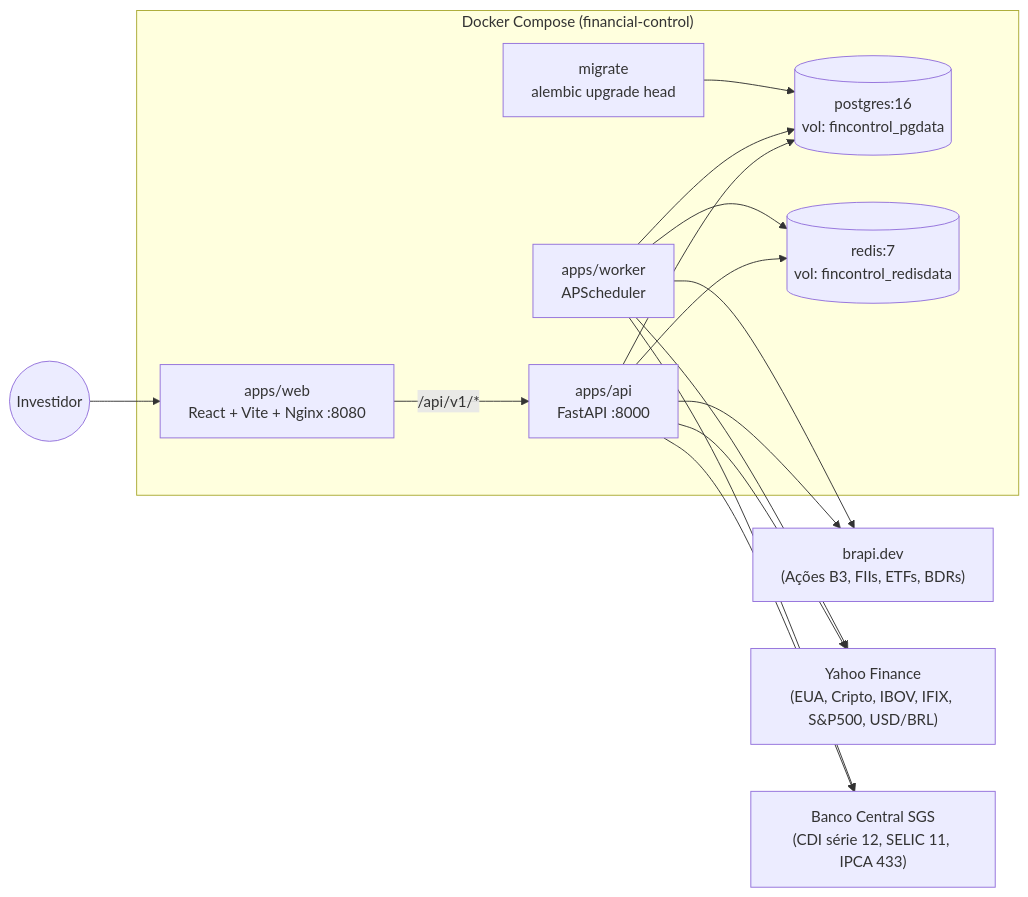
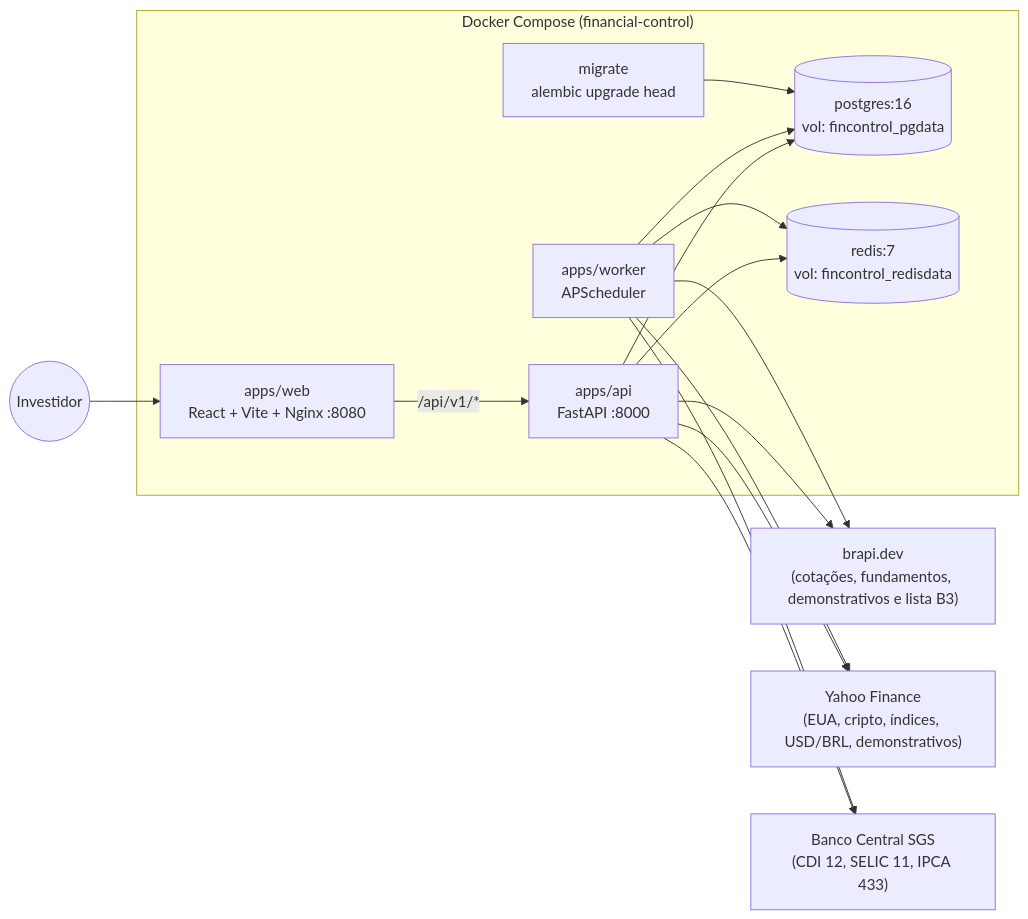
One commit to Angelicogfa/financial-control changed the second of 6 diagrams in docs/architecture/OVERVIEW.md. Above: the diagram before and after it, drawn with Mermaid. The commit also changed other lines of this file and 8 other files, not shown here.

````diff
--- a/docs/architecture/OVERVIEW.md
+++ b/docs/architecture/OVERVIEW.md
@@ -67,29 +69,29 @@
 ```mermaid
 flowchart LR
     U(("Investidor"))
     subgraph compose["Docker Compose (financial-control)"]
         WEB["apps/web<br/>React + Vite + Nginx :8080"]
         API["apps/api<br/>FastAPI :8000"]
         WK["apps/worker<br/>APScheduler"]
         MIG["migrate<br/>alembic upgrade head"]
         PG[("postgres:16<br/>vol: fincontrol_pgdata")]
         RD[("redis:7<br/>vol: fincontrol_redisdata")]
     end
-    BRAPI["brapi.dev<br/>(Ações B3, FIIs, ETFs, BDRs)"]
-    YF["Yahoo Finance<br/>(EUA, Cripto, IBOV, IFIX, S&P500, USD/BRL)"]
-    BCB["Banco Central SGS<br/>(CDI série 12, SELIC 11, IPCA 433)"]
+    BRAPI["brapi.dev<br/>(cotações, fundamentos, demonstrativos e lista B3)"]
+    YF["Yahoo Finance<br/>(EUA, cripto, índices, USD/BRL, demonstrativos)"]
+    BCB["Banco Central SGS<br/>(CDI 12, SELIC 11, IPCA 433)"]
 
     U --> WEB
     WEB -->|"/api/v1/*"| API
     API --> PG
     API --> RD
     WK --> PG
     WK --> RD
     MIG --> PG
     API --> BRAPI
     API --> YF
     API --> BCB
     WK --> BRAPI
     WK --> YF
     WK --> BCB
 ```
````
